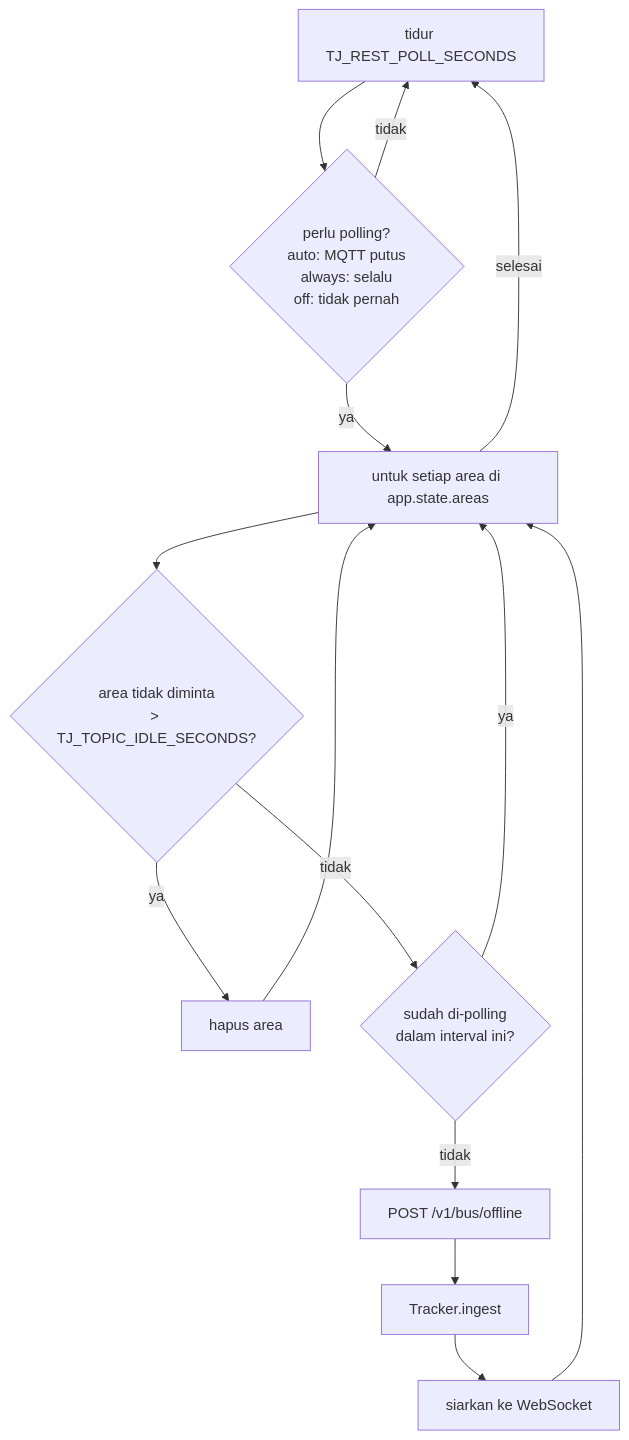
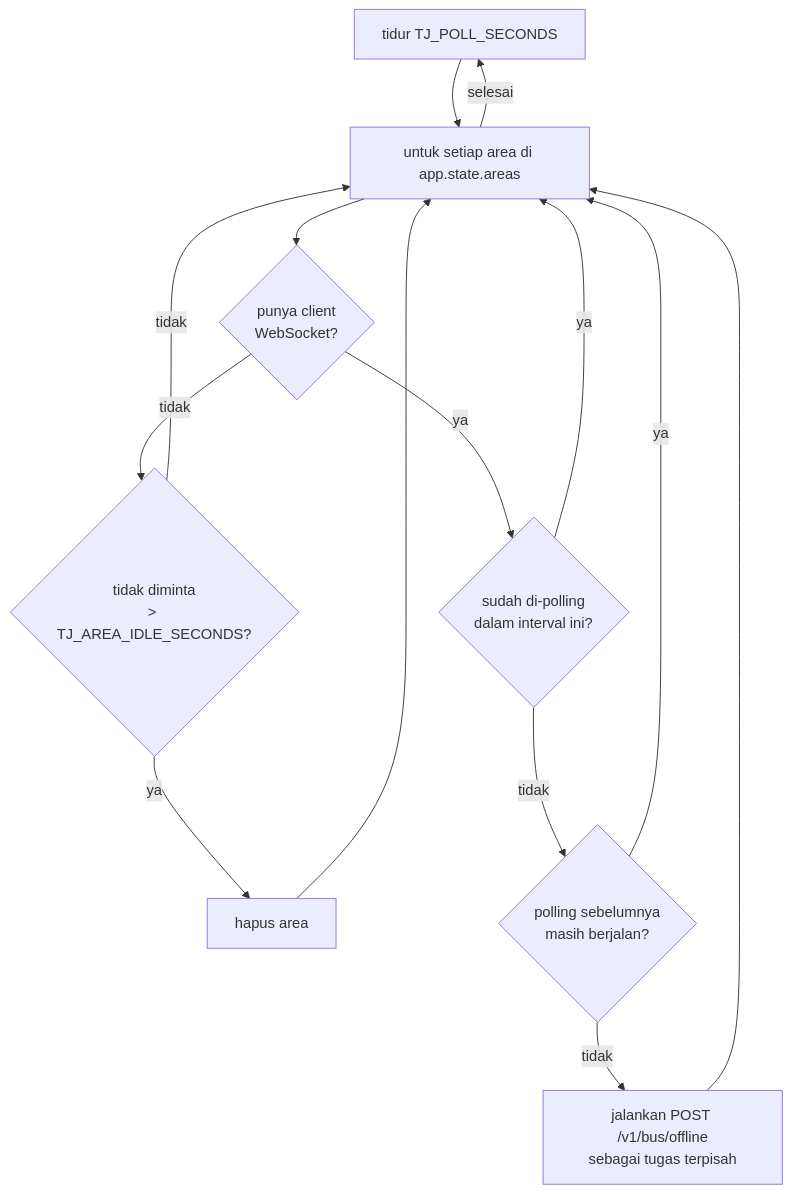
The fourth of 6 diagrams in docs/backend/05-alur-end-to-end.md (animemoeus/tije-api), drawn with Mermaid before and after one commit. The commit also changed other lines of this file and 18 other files, not shown here.

````diff
--- a/docs/backend/05-alur-end-to-end.md
+++ b/docs/backend/05-alur-end-to-end.md
@@ -254,16 +186,16 @@
 ```mermaid
 flowchart TD
-    A[tidur TJ_REST_POLL_SECONDS] --> B{perlu polling?<br/>auto: MQTT putus<br/>always: selalu<br/>off: tidak pernah}
-    B -- tidak --> A
-    B -- ya --> C[untuk setiap area di app.state.areas]
-    C --> D{area tidak diminta<br/>> TJ_TOPIC_IDLE_SECONDS?}
+    A[tidur TJ_POLL_SECONDS] --> C[untuk setiap area di app.state.areas]
+    C --> S{punya client<br/>WebSocket?}
+    S -- tidak --> D{tidak diminta<br/>> TJ_AREA_IDLE_SECONDS?}
     D -- ya --> E[hapus area]
-    D -- tidak --> F{sudah di-polling<br/>dalam interval ini?}
+    D -- tidak --> C
+    S -- ya --> F{sudah di-polling<br/>dalam interval ini?}
     F -- ya --> C
-    F -- tidak --> G[POST /v1/bus/offline]
-    G --> H[Tracker.ingest]
-    H --> I[siarkan ke WebSocket]
-    I --> C
+    F -- tidak --> G{polling sebelumnya<br/>masih berjalan?}
+    G -- ya --> C
+    G -- tidak --> H[jalankan POST /v1/bus/offline<br/>sebagai tugas terpisah]
+    H --> C
     E --> C
     C -- selesai --> A
 ```
````
